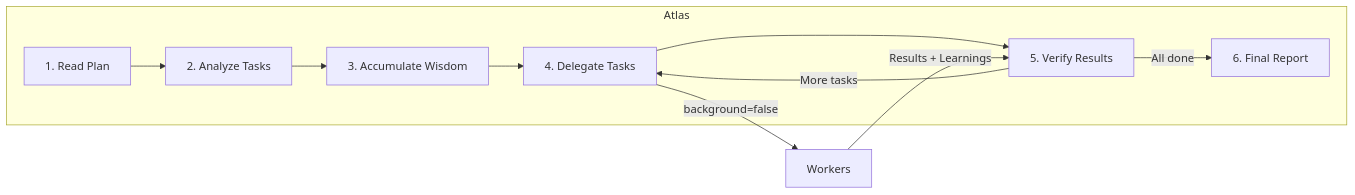
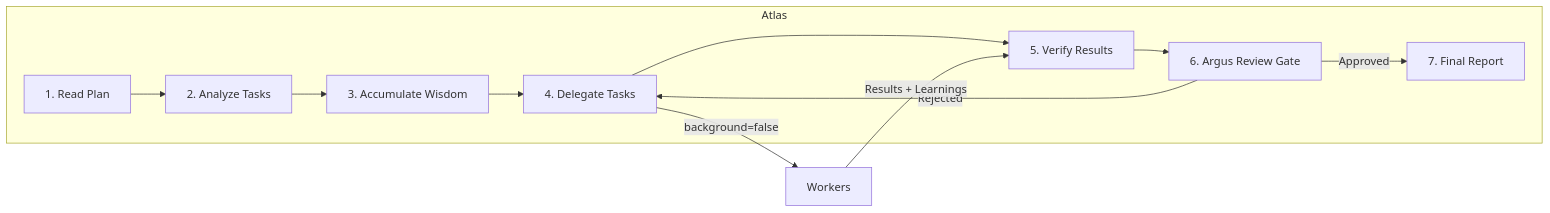
The third of 4 diagrams in docs/guide/understanding-orchestration-system.md (waycodes/oh-my-opencode), drawn with Mermaid before and after one commit. The commit also changed other lines of this file and 1 other file, not shown here.

````diff
--- a/docs/guide/understanding-orchestration-system.md
+++ b/docs/guide/understanding-orchestration-system.md
@@ -161,21 +164,23 @@
 ```mermaid
 flowchart LR
     subgraph Orchestrator["Atlas"]
         Read["1. Read Plan"]
         Analyze["2. Analyze Tasks"]
         Wisdom["3. Accumulate Wisdom"]
         Delegate["4. Delegate Tasks"]
         Verify["5. Verify Results"]
-        Report["6. Final Report"]
+        Review["6. Argus Review Gate"]
+        Report["7. Final Report"]
     end
     
     Read --> Analyze
     Analyze --> Wisdom
     Wisdom --> Delegate
     Delegate --> Verify
-    Verify -->|"More tasks"| Delegate
-    Verify -->|"All done"| Report
+    Verify --> Review
+    Review -->|"Rejected"| Delegate
+    Review -->|"Approved"| Report
     
     Delegate -->|"background=false"| Workers["Workers"]
     Workers -->|"Results + Learnings"| Verify
 ```
````
